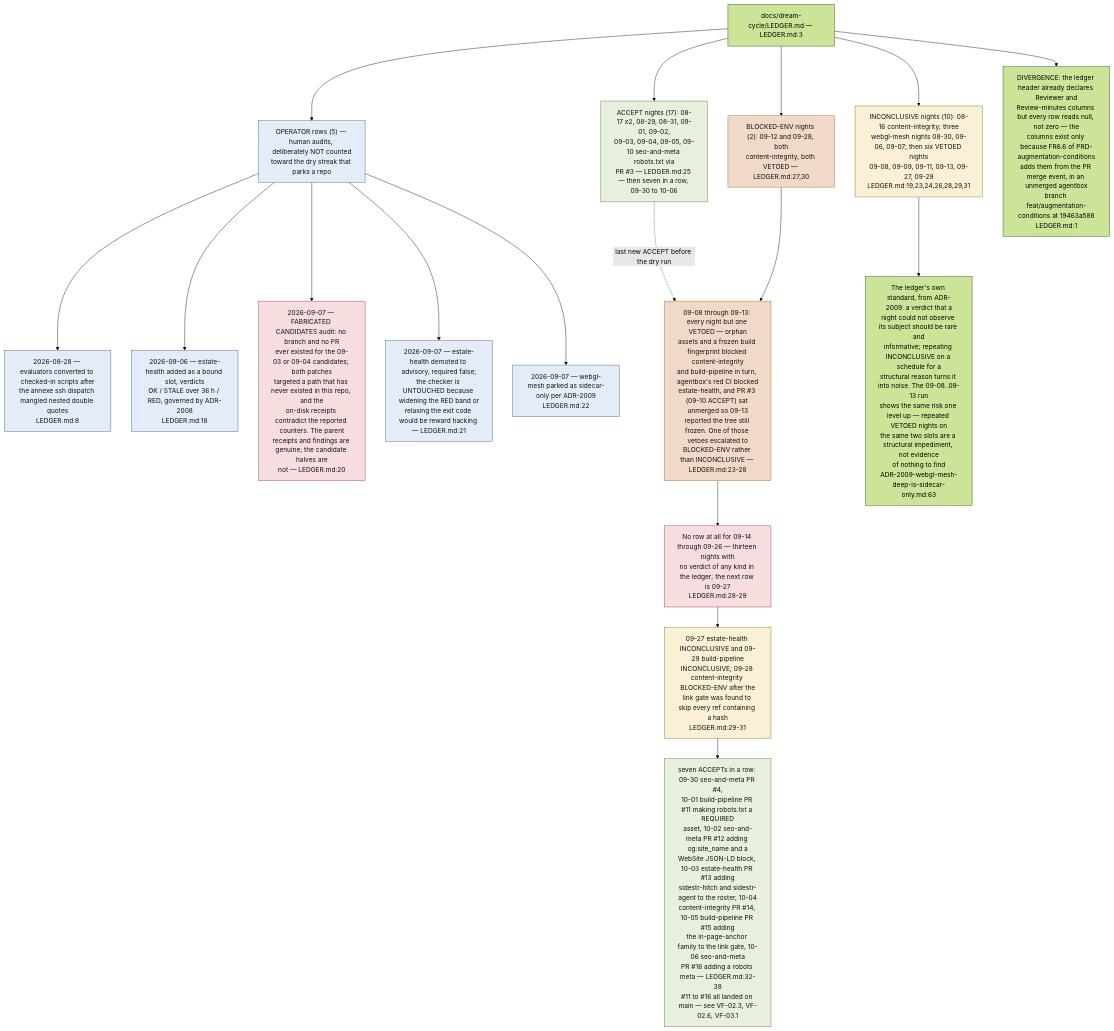
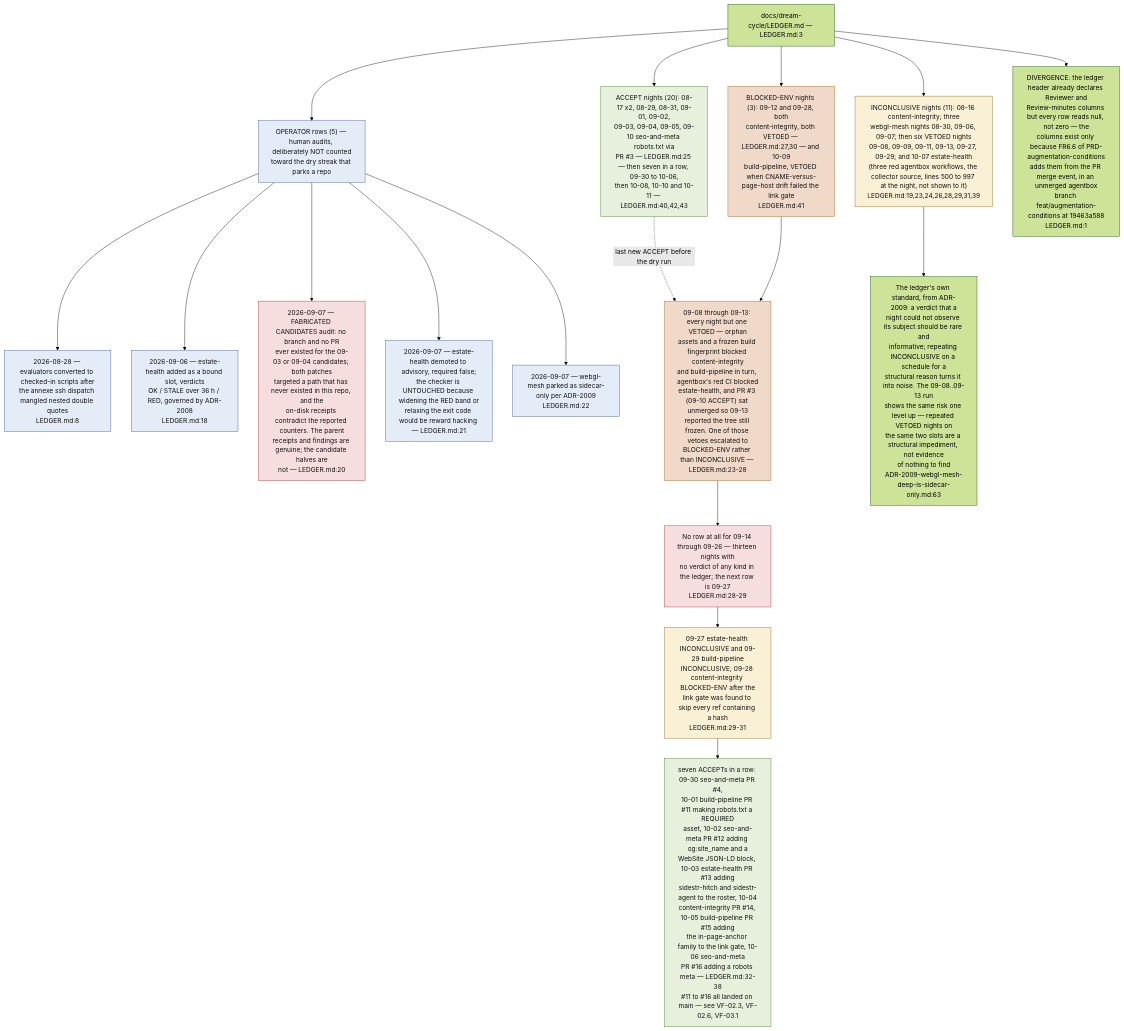
Before and after one commit to DreamLab-AI/VisionFlow: the seventh of 9 diagrams in docs/diagrams/visionflow/04-dream-cycle-integration.md, drawn with Mermaid (forest theme). The commit also changed other lines of this file and 80 other files, not shown here.

First line of the commit message:
docs(diagrams): re-verify the agentbox, dreamlab, estate and visionflow corpus against current sources

````diff
--- a/docs/diagrams/visionflow/04-dream-cycle-integration.md
+++ b/docs/diagrams/visionflow/04-dream-cycle-integration.md
@@ -208,36 +208,36 @@
 ```mermaid
 flowchart TB
     classDef acc fill:#e6f0dc,stroke:#4a7a2a,color:#111
     classDef inc fill:#f9f0d5,stroke:#8a7020,color:#111
     classDef op fill:#e4ecf8,stroke:#3a5a8a,color:#111
     classDef bad fill:#f7dede,stroke:#a33333,color:#111
     classDef blk fill:#f0d9c8,stroke:#a3661a,color:#111
 
     L["docs/dream-cycle/LEDGER.md — LEDGER.md:3"]
 
-    L --> A["ACCEPT nights (17): 08-17 x2, 08-29, 08-31, 09-01, 09-02,<br/>09-03, 09-04, 09-05, 09-10 seo-and-meta robots.txt via<br/>PR #3 — LEDGER.md:25 — then seven in a row, 09-30 to 10-06"]:::acc
-    L --> I["INCONCLUSIVE nights (10): 08-16 content-integrity; three<br/>webgl-mesh nights 08-30, 09-06, 09-07; then six VETOED nights<br/>09-08, 09-09, 09-11, 09-13, 09-27, 09-29<br/>LEDGER.md:19,23,24,26,28,29,31"]:::inc
-    L --> B["BLOCKED-ENV nights (2): 09-12 and 09-28, both<br/>content-integrity, both VETOED — LEDGER.md:27,30"]:::blk
+    L --> A["ACCEPT nights (20): 08-17 x2, 08-29, 08-31, 09-01, 09-02,<br/>09-03, 09-04, 09-05, 09-10 seo-and-meta robots.txt via<br/>PR #3 — LEDGER.md:25 — then seven in a row, 09-30 to 10-06,<br/>then 10-08, 10-10 and 10-11 — LEDGER.md:40,42,43"]:::acc
+    L --> I["INCONCLUSIVE nights (11): 08-16 content-integrity; three<br/>webgl-mesh nights 08-30, 09-06, 09-07; then six VETOED nights<br/>09-08, 09-09, 09-11, 09-13, 09-27, 09-29; and 10-07 estate-health<br/>(three red agentbox workflows, the collector source, lines 500 to 997 at the night, not shown to it)<br/>LEDGER.md:19,23,24,26,28,29,31,39"]:::inc
+    L --> B["BLOCKED-ENV nights (3): 09-12 and 09-28, both<br/>content-integrity, both VETOED — LEDGER.md:27,30 — and 10-09<br/>build-pipeline, VETOED when CNAME-versus-page-host drift failed the link gate<br/>LEDGER.md:41"]:::blk
     L --> O["OPERATOR rows (5) — human audits, deliberately NOT counted<br/>toward the dry streak that parks a repo"]:::op
 
     O --> O1["2026-08-28 — evaluators converted to checked-in scripts after<br/>the annexe ssh dispatch mangled nested double quotes<br/>LEDGER.md:8"]:::op
     O --> O2["2026-09-06 — estate-health added as a bound slot, verdicts<br/>OK / STALE over 36 h / RED, governed by ADR-2008<br/>LEDGER.md:18"]:::op
     O --> O3["2026-09-07 — FABRICATED CANDIDATES audit: no branch and no PR<br/>ever existed for the 09-03 or 09-04 candidates; both patches<br/>targeted a path that has never existed in this repo, and the<br/>on-disk receipts contradict the reported counters. The parent<br/>receipts and findings are genuine; the candidate halves are<br/>not — LEDGER.md:20"]:::bad
     O --> O4["2026-09-07 — estate-health demoted to advisory, required false;<br/>the checker is UNTOUCHED because widening the RED band or<br/>relaxing the exit code would be reward hacking — LEDGER.md:21"]:::op
     O --> O5["2026-09-07 — webgl-mesh parked as sidecar-only per ADR-2009<br/>LEDGER.md:22"]:::op
 
     DRY["09-08 through 09-13: every night but one VETOED — orphan<br/>assets and a frozen build fingerprint blocked content-integrity<br/>and build-pipeline in turn, agentbox's red CI blocked<br/>estate-health, and PR #3 (09-10 ACCEPT) sat unmerged so 09-13<br/>reported the tree still frozen. One of those vetoes escalated to<br/>BLOCKED-ENV rather than INCONCLUSIVE — LEDGER.md:23-28"]:::blk
     A -.->|"last new ACCEPT before the dry run"| DRY
     B --> DRY
 
     GAP["No row at all for 09-14 through 09-26 — thirteen nights with<br/>no verdict of any kind in the ledger; the next row is 09-27<br/>LEDGER.md:28-29"]:::bad
     DRY --> GAP
     GAP --> LATE["09-27 estate-health INCONCLUSIVE and 09-29 build-pipeline<br/>INCONCLUSIVE; 09-28 content-integrity BLOCKED-ENV after the<br/>link gate was found to skip every ref containing a hash<br/>LEDGER.md:29-31"]:::inc
     LATE --> RUN["seven ACCEPTs in a row: 09-30 seo-and-meta PR #4,<br/>10-01 build-pipeline PR #11 making robots.txt a REQUIRED<br/>asset, 10-02 seo-and-meta PR #12 adding og:site_name and a<br/>WebSite JSON-LD block, 10-03 estate-health PR #13 adding<br/>sidestr-hitch and sidestr-agent to the roster, 10-04<br/>content-integrity PR #14, 10-05 build-pipeline PR #15 adding<br/>the in-page-anchor family to the link gate, 10-06 seo-and-meta<br/>PR #16 adding a robots meta — LEDGER.md:32-38<br/>#11 to #16 all landed on main — see VF-02.3, VF-02.6, VF-03.1"]:::acc
 
     LESSON["The ledger's own standard, from ADR-2009: a verdict that a<br/>night could not observe its subject should be rare and<br/>informative; repeating INCONCLUSIVE on a schedule for a<br/>structural reason turns it into noise. The 09-08..09-13 run<br/>shows the same risk one level up — repeated VETOED nights on<br/>the same two slots are a structural impediment, not evidence<br/>of nothing to find<br/>ADR-2009-webgl-mesh-deep-is-sidecar-only.md:63"]
     I --> LESSON
 
     SCHEMA["DIVERGENCE: the ledger header already declares Reviewer and<br/>Review-minutes columns but every row reads null, not zero — the<br/>columns exist only because FR6.6 of PRD-augmentation-conditions<br/>adds them from the PR merge event, in an unmerged agentbox<br/>branch feat/augmentation-conditions at 19463a588<br/>LEDGER.md:1"]
     L --> SCHEMA
 ```
````
